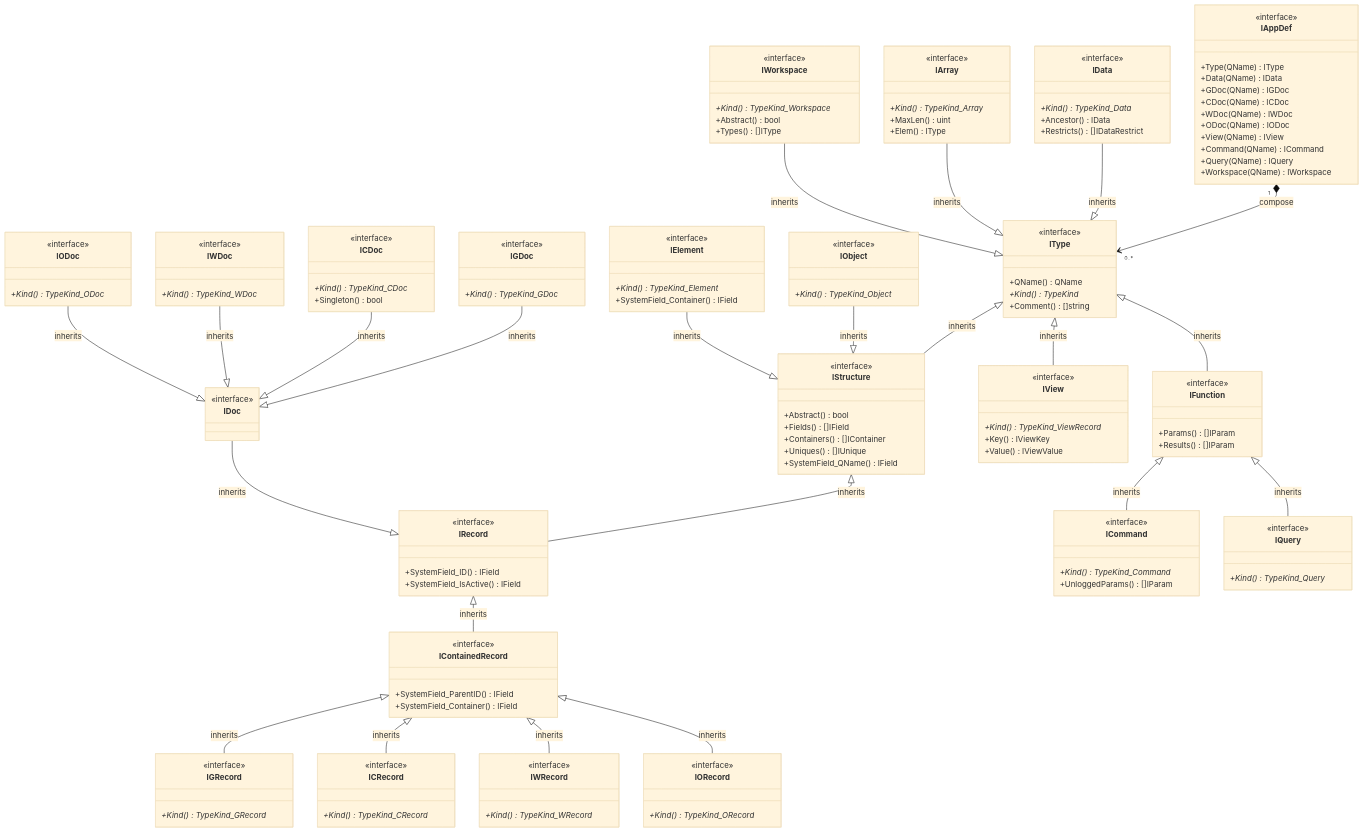
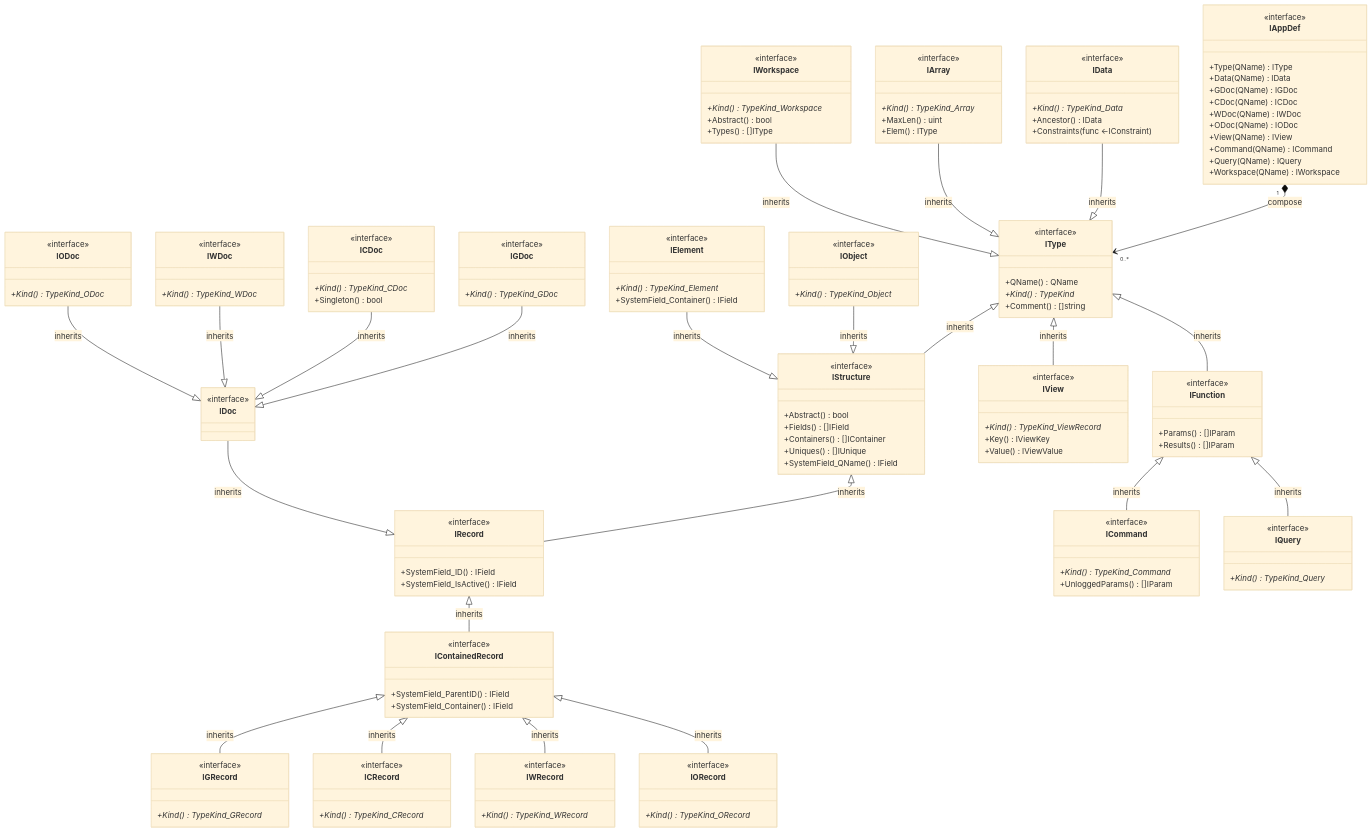
One commit to voedger/voedger changed the first of 8 diagrams in pkg/appdef/README.md. Above: the diagram before and after it, drawn with Mermaid (base theme). The commit also changed other lines of this file and 1 other file, not shown here.

```diff
--- a/pkg/appdef/README.md
+++ b/pkg/appdef/README.md
@@ -35,7 +35,7 @@
         <<interface>>
         +Kind()* TypeKind_Data
         +Ancestor() IData
-        +Restricts() []IDataRestrict
+        +Constraints(func <-IConstraint)
     }
 
     IArray --|> IType : inherits
```
